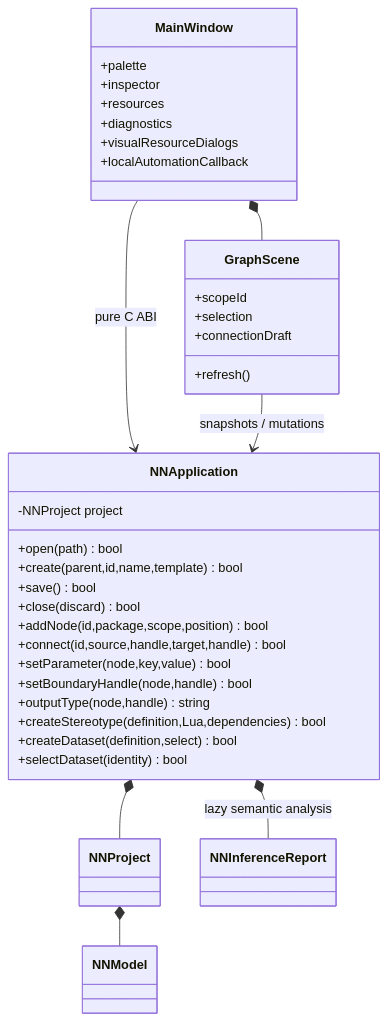
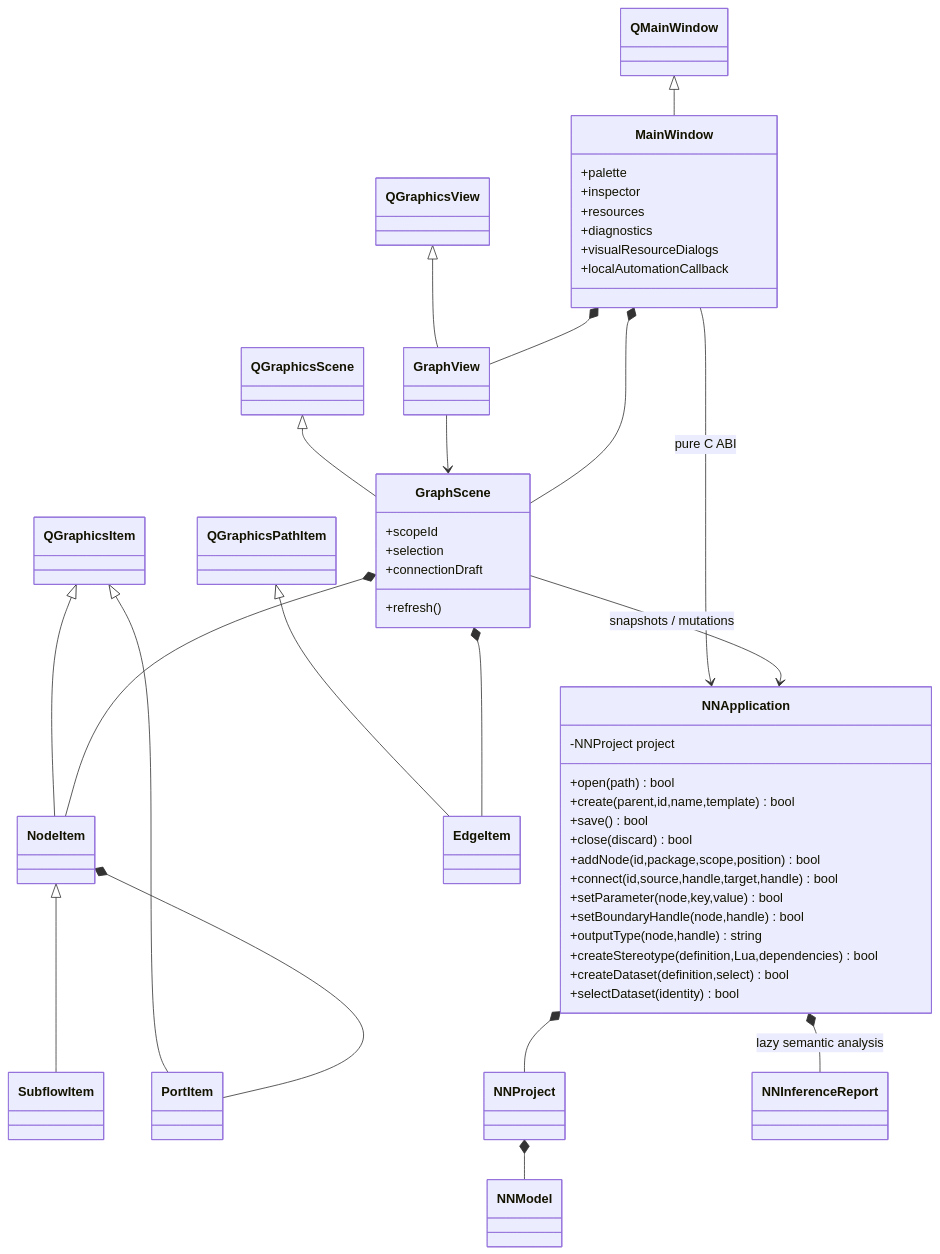
One commit to LucaSforza/nnmodelling-ui changed the diagram in docs/knowledge/uml/editor.md. Above: the diagram before and after it, drawn with Mermaid. The commit also changed other lines of this file and 133 other files, not shown here.

Commit message:
refactor: organize source modules and consolidate current UML

````diff
--- a/docs/knowledge/uml/editor.md
+++ b/docs/knowledge/uml/editor.md
@@ -3,38 +8,50 @@
 ```mermaid
 classDiagram
     class NNApplication {
       -NNProject project
       +open(path) bool
       +create(parent,id,name,template) bool
       +save() bool
       +close(discard) bool
       +addNode(id,package,scope,position) bool
       +connect(id,source,handle,target,handle) bool
       +setParameter(node,key,value) bool
       +setBoundaryHandle(node,handle) bool
       +outputType(node,handle) string
       +createStereotype(definition,Lua,dependencies) bool
       +createDataset(definition,select) bool
       +selectDataset(identity) bool
     }
     class MainWindow {
       +palette
       +inspector
       +resources
       +diagnostics
       +visualResourceDialogs
       +localAutomationCallback
     }
     class GraphScene {
       +scopeId
       +selection
       +connectionDraft
       +refresh()
     }
     MainWindow --> NNApplication : pure C ABI
+    QMainWindow <|-- MainWindow
+    QGraphicsView <|-- GraphView
+    QGraphicsScene <|-- GraphScene
+    QGraphicsItem <|-- NodeItem
+    NodeItem <|-- SubflowItem
+    QGraphicsItem <|-- PortItem
+    QGraphicsPathItem <|-- EdgeItem
+    MainWindow *-- GraphView
+    GraphView --> GraphScene
+    GraphScene *-- NodeItem
+    GraphScene *-- EdgeItem
+    NodeItem *-- PortItem
     MainWindow *-- GraphScene
     GraphScene --> NNApplication : snapshots / mutations
     NNApplication *-- NNProject
     NNProject *-- NNModel
     NNApplication *-- NNInferenceReport : lazy semantic analysis
 ```
````
